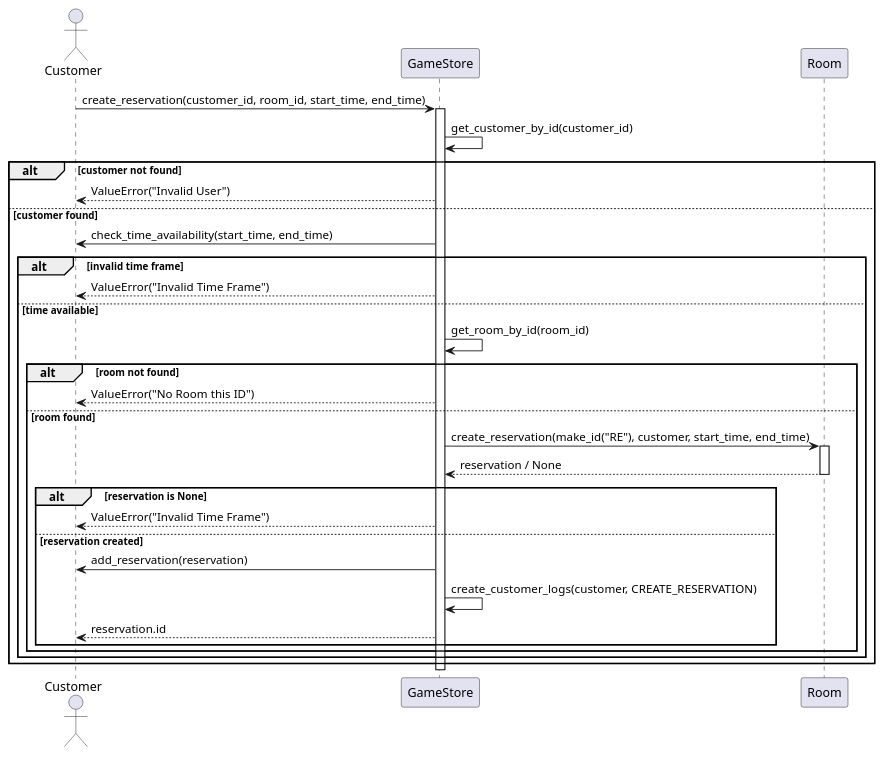
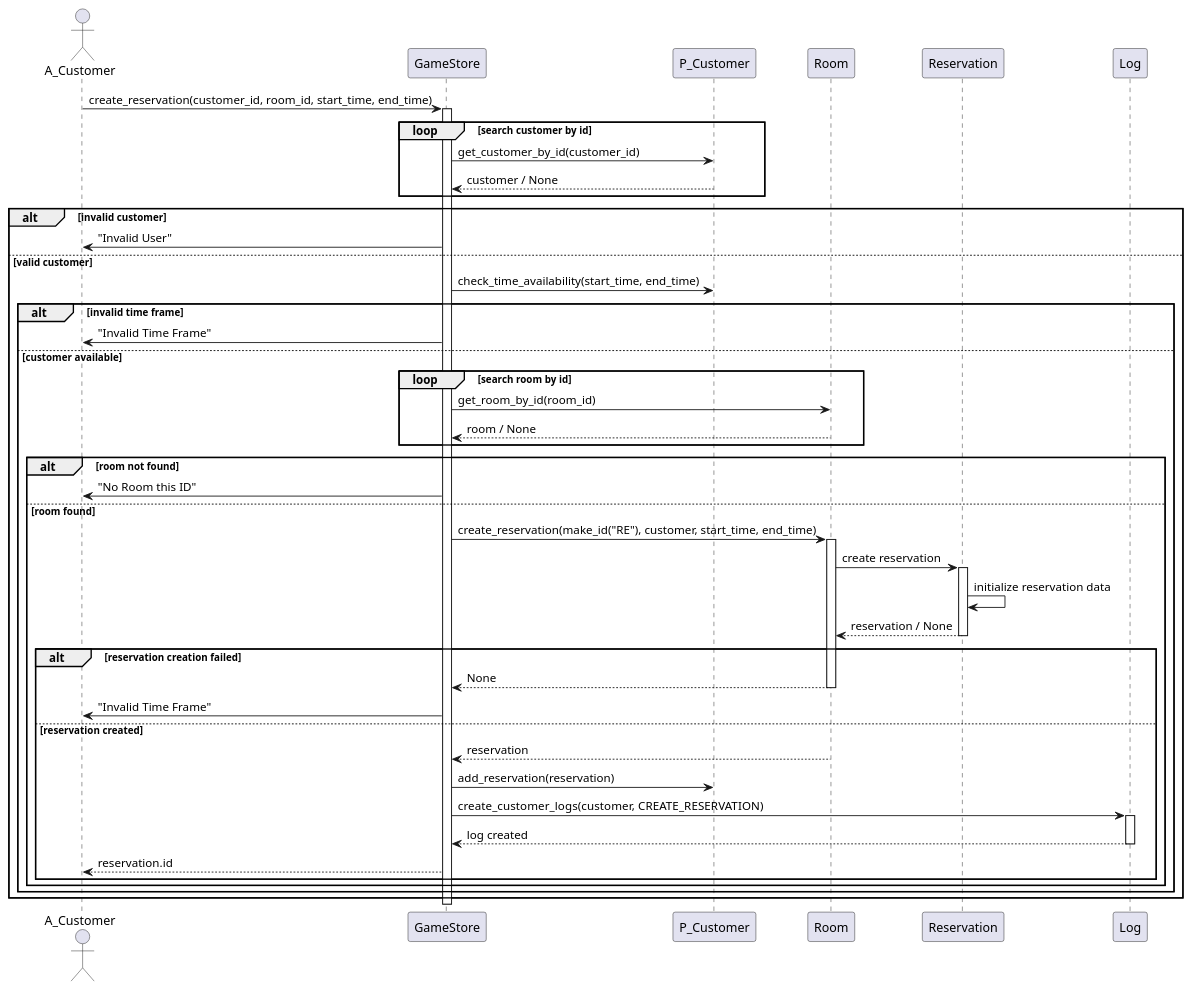
Before and after one commit to WaroonRagwongsiri/OOP_Project: the diagram in SequenceDiagram/sequence_diagram_booking.puml, drawn with PlantUML. The commit also changed 2 other files, not shown here.

Commit message:
Sequence Diagram Revise for create reservation

```diff
--- a/SequenceDiagram/sequence_diagram_booking.puml
+++ b/SequenceDiagram/sequence_diagram_booking.puml
@@ -1,45 +1,70 @@
-@startuml Customer
-actor Customer
+@startuml CreateReservation
+
+actor A_Customer
 participant GameStore
+participant P_Customer
 participant Room
+participant Reservation
+participant Log
 
-Customer -> GameStore : create_reservation(customer_id, room_id, start_time, end_time)
+A_Customer -> GameStore : create_reservation(customer_id, room_id, start_time, end_time)
 activate GameStore
 
-GameStore -> GameStore : get_customer_by_id(customer_id)
+loop search customer by id
+	GameStore -> P_Customer : get_customer_by_id(customer_id)
+	P_Customer --> GameStore : customer / None
+end
 
-alt customer not found
-	GameStore --> Customer : ValueError("Invalid User")
+alt invalid customer
+	GameStore -> A_Customer : "Invalid User"
 
-else customer found
-	GameStore -> Customer : check_time_availability(start_time, end_time)
+else valid customer
+	GameStore -> P_Customer : check_time_availability(start_time, end_time)
 
 	alt invalid time frame
-		GameStore --> Customer : ValueError("Invalid Time Frame")
+		GameStore -> A_Customer : "Invalid Time Frame"
 
-	else time available
-		GameStore -> GameStore : get_room_by_id(room_id)
+	else customer available
+
+		loop search room by id
+			GameStore -> Room : get_room_by_id(room_id)
+			Room --> GameStore : room / None
+		end
 
 		alt room not found
-			GameStore --> Customer : ValueError("No Room this ID")
+			GameStore -> A_Customer : "No Room this ID"
 
 		else room found
 			GameStore -> Room : create_reservation(make_id("RE"), customer, start_time, end_time)
 			activate Room
-			Room --> GameStore : reservation / None
-			deactivate Room
 
-			alt reservation is None
-				GameStore --> Customer : ValueError("Invalid Time Frame")
+			Room -> Reservation : create reservation
+			activate Reservation
+			Reservation -> Reservation : initialize reservation data
+			Reservation --> Room : reservation / None
+			deactivate Reservation
+
+			alt reservation creation failed
+				Room --> GameStore : None
+				deactivate Room
+				GameStore -> A_Customer : "Invalid Time Frame"
 
 			else reservation created
-				GameStore -> Customer : add_reservation(reservation)
-				GameStore -> GameStore : create_customer_logs(customer, CREATE_RESERVATION)
-				GameStore --> Customer : reservation.id
+				Room --> GameStore : reservation
+				deactivate Room
+
+				GameStore -> P_Customer : add_reservation(reservation)
+
+				GameStore -> Log : create_customer_logs(customer, CREATE_RESERVATION)
+				activate Log
+				Log --> GameStore : log created
+				deactivate Log
+
+				GameStore --> A_Customer : reservation.id
 			end
 		end
 	end
 end
 
 deactivate GameStore
 @enduml
```
